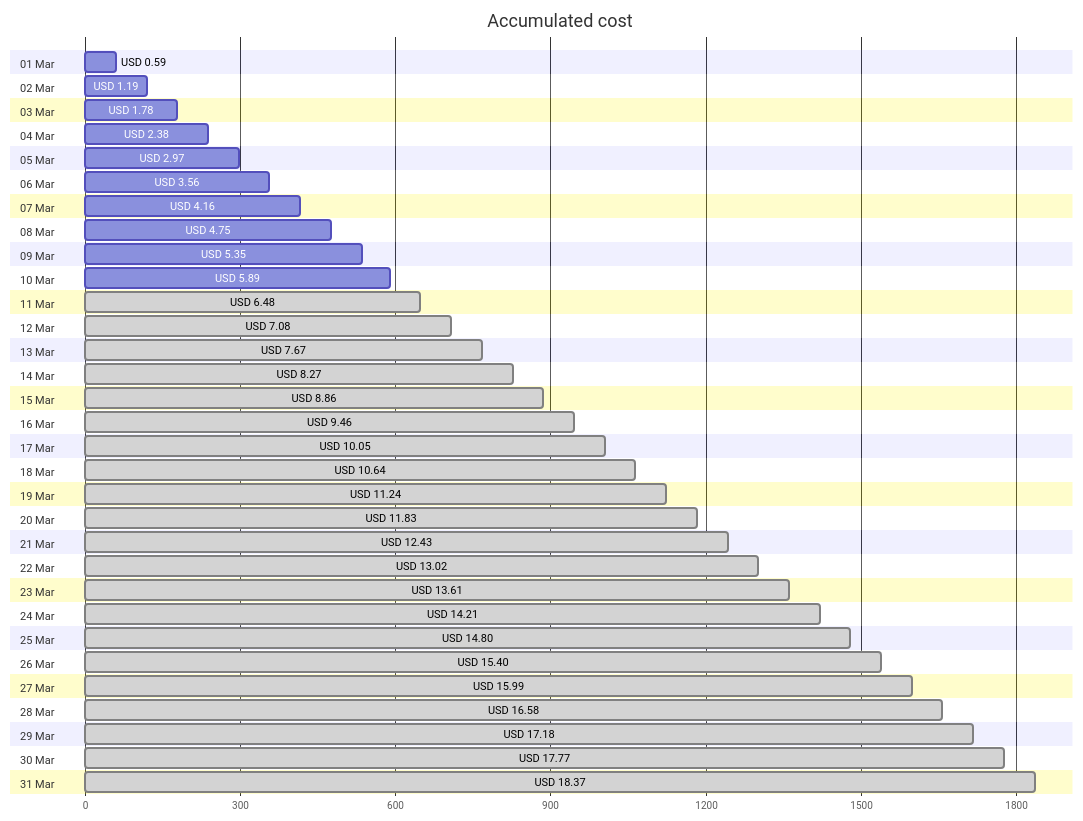
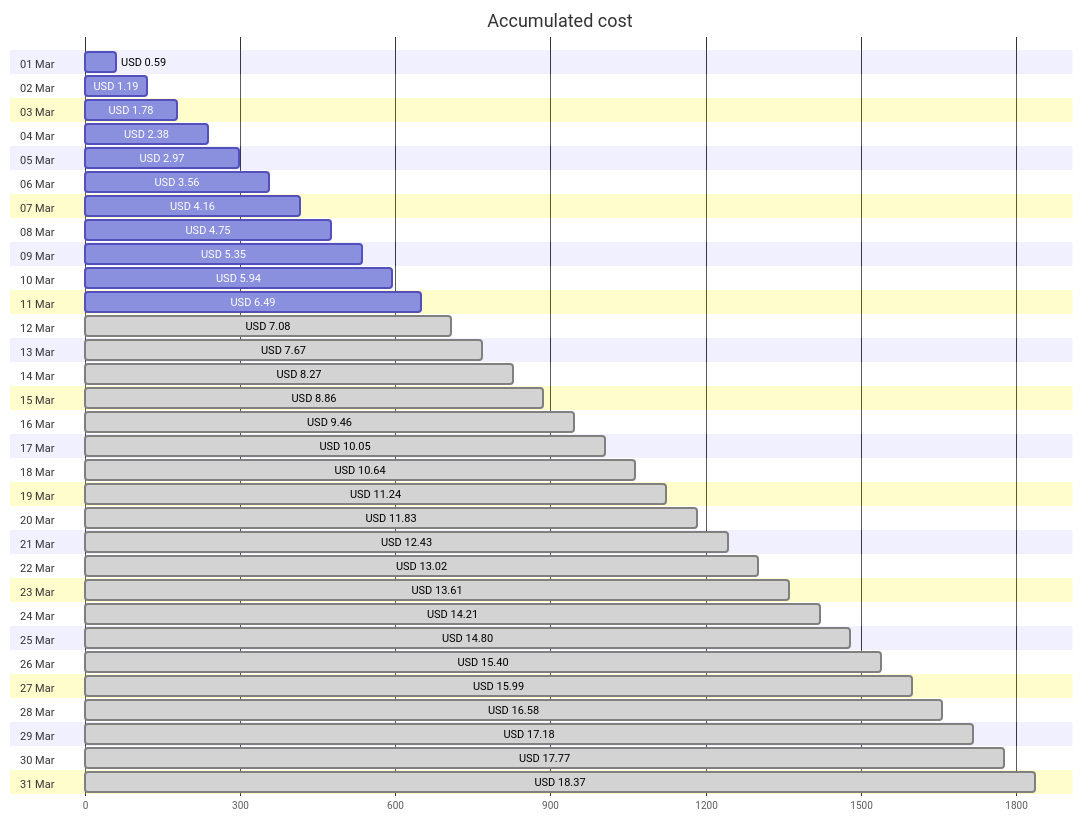
One commit to jpfulton/azure-personal-reports changed the first of 4 diagrams in cost-reports/personal-site/README.md. Above: the diagram before and after it, drawn with Mermaid. The commit also changed other lines of this file and 6 other files, not shown here.

````diff
--- a/cost-reports/personal-site/README.md
+++ b/cost-reports/personal-site/README.md
@@ -20,68 +20,68 @@
 ```mermaid
 gantt
    title Accumulated cost
    dateFormat  X
    axisFormat %s
    section 01 Mar
    USD 0.59 :0, 59
    section 02 Mar
    USD 1.19 :0, 119
    section 03 Mar
    USD 1.78 :0, 178
    section 04 Mar
    USD 2.38 :0, 238
    section 05 Mar
    USD 2.97 :0, 297
    section 06 Mar
    USD 3.56 :0, 356
    section 07 Mar
    USD 4.16 :0, 416
    section 08 Mar
    USD 4.75 :0, 475
    section 09 Mar
    USD 5.35 :0, 535
    section 10 Mar
-   USD 5.89 :0, 589
+   USD 5.94 :0, 594
    section 11 Mar
-   USD 6.48 : done, 0, 648
+   USD 6.49 :0, 649
    section 12 Mar
    USD 7.08 : done, 0, 708
    section 13 Mar
    USD 7.67 : done, 0, 767
    section 14 Mar
    USD 8.27 : done, 0, 827
    section 15 Mar
    USD 8.86 : done, 0, 886
    section 16 Mar
    USD 9.46 : done, 0, 946
    section 17 Mar
    USD 10.05 : done, 0, 1005
    section 18 Mar
    USD 10.64 : done, 0, 1064
    section 19 Mar
    USD 11.24 : done, 0, 1124
    section 20 Mar
    USD 11.83 : done, 0, 1183
    section 21 Mar
    USD 12.43 : done, 0, 1243
    section 22 Mar
    USD 13.02 : done, 0, 1302
    section 23 Mar
    USD 13.61 : done, 0, 1361
    section 24 Mar
    USD 14.21 : done, 0, 1421
    section 25 Mar
    USD 14.80 : done, 0, 1480
    section 26 Mar
    USD 15.40 : done, 0, 1540
    section 27 Mar
    USD 15.99 : done, 0, 1599
    section 28 Mar
    USD 16.58 : done, 0, 1658
    section 29 Mar
    USD 17.18 : done, 0, 1718
    section 30 Mar
    USD 17.77 : done, 0, 1777
    section 31 Mar
    USD 18.37 : done, 0, 1837
 ```
````
